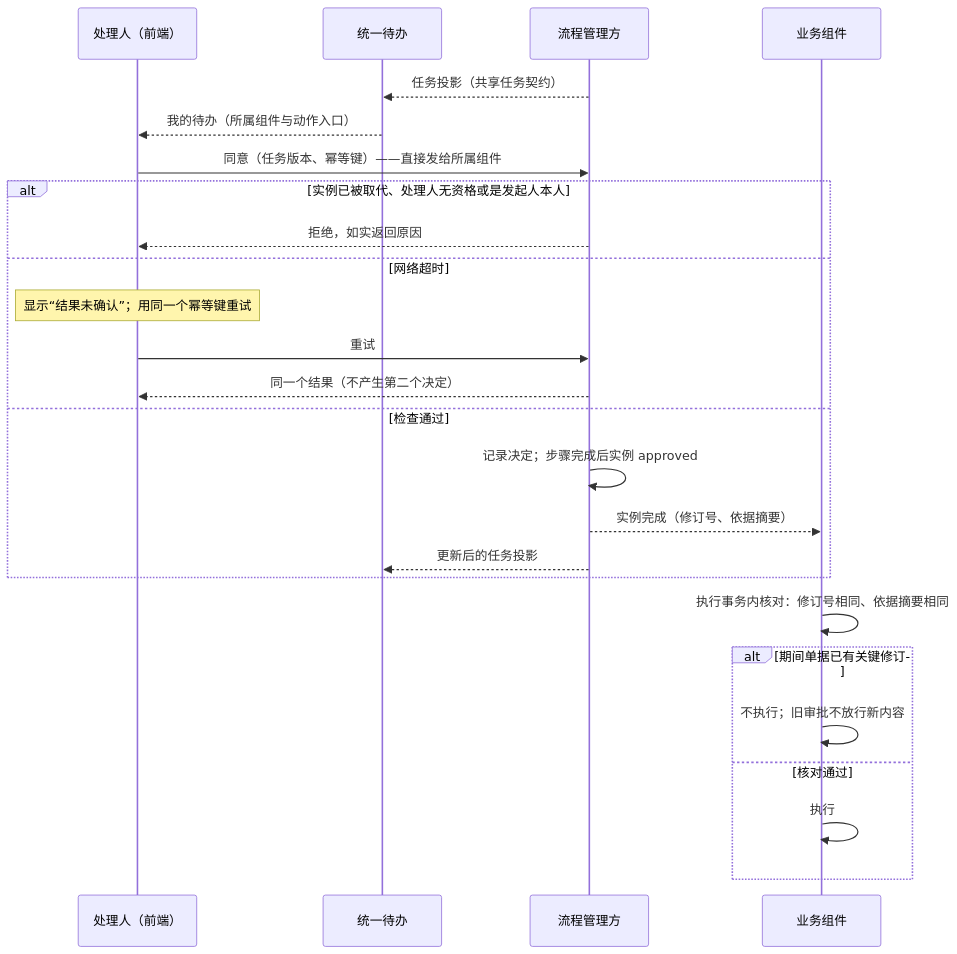
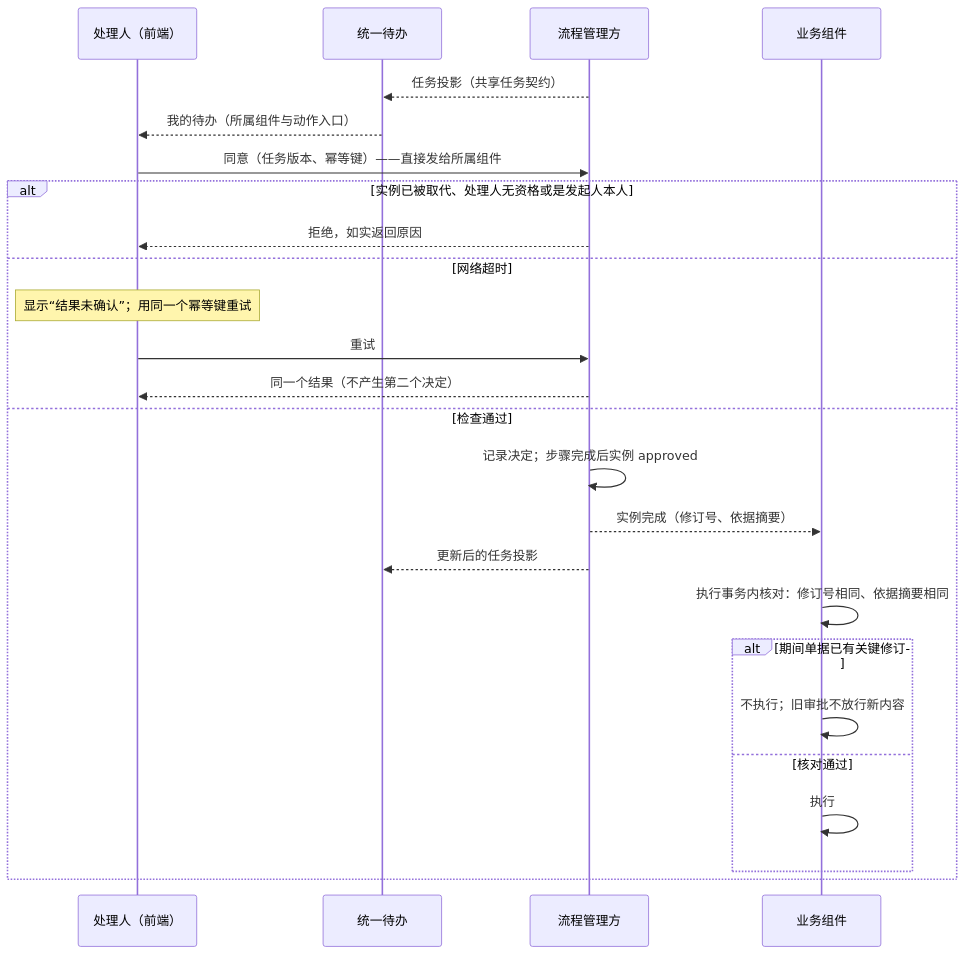
One commit to brickKit/be-assembly-standard changed the diagram in tempDocs/final/06-protocols/09-approval-and-workflow.md. Above: the diagram before and after it, drawn with Mermaid. The commit also changed other lines of this file and 10 other files, not shown here.

````diff
--- a/tempDocs/final/06-protocols/09-approval-and-workflow.md
+++ b/tempDocs/final/06-protocols/09-approval-and-workflow.md
@@ -125,27 +131,27 @@
 ```mermaid
 sequenceDiagram
     participant U as 处理人（前端）
     participant W as 统一待办
     participant F as 流程管理方
     participant B as 业务组件
     F-->>W: 任务投影（共享任务契约）
     W-->>U: 我的待办（所属组件与动作入口）
     U->>F: 同意（任务版本、幂等键）——直接发给所属组件
     alt 实例已被取代、处理人无资格或是发起人本人
         F-->>U: 拒绝，如实返回原因
     else 网络超时
         Note over U: 显示“结果未确认”；用同一个幂等键重试
         U->>F: 重试
         F-->>U: 同一个结果（不产生第二个决定）
     else 检查通过
         F->>F: 记录决定；步骤完成后实例 approved
         F-->>B: 实例完成（修订号、依据摘要）
         F-->>W: 更新后的任务投影
-    end
-    B->>B: 执行事务内核对：修订号相同、依据摘要相同
-    alt 期间单据已有关键修订
-        B->>B: 不执行；旧审批不放行新内容
-    else 核对通过
-        B->>B: 执行
+        B->>B: 执行事务内核对：修订号相同、依据摘要相同
+        alt 期间单据已有关键修订
+            B->>B: 不执行；旧审批不放行新内容
+        else 核对通过
+            B->>B: 执行
+        end
     end
 ```
````
